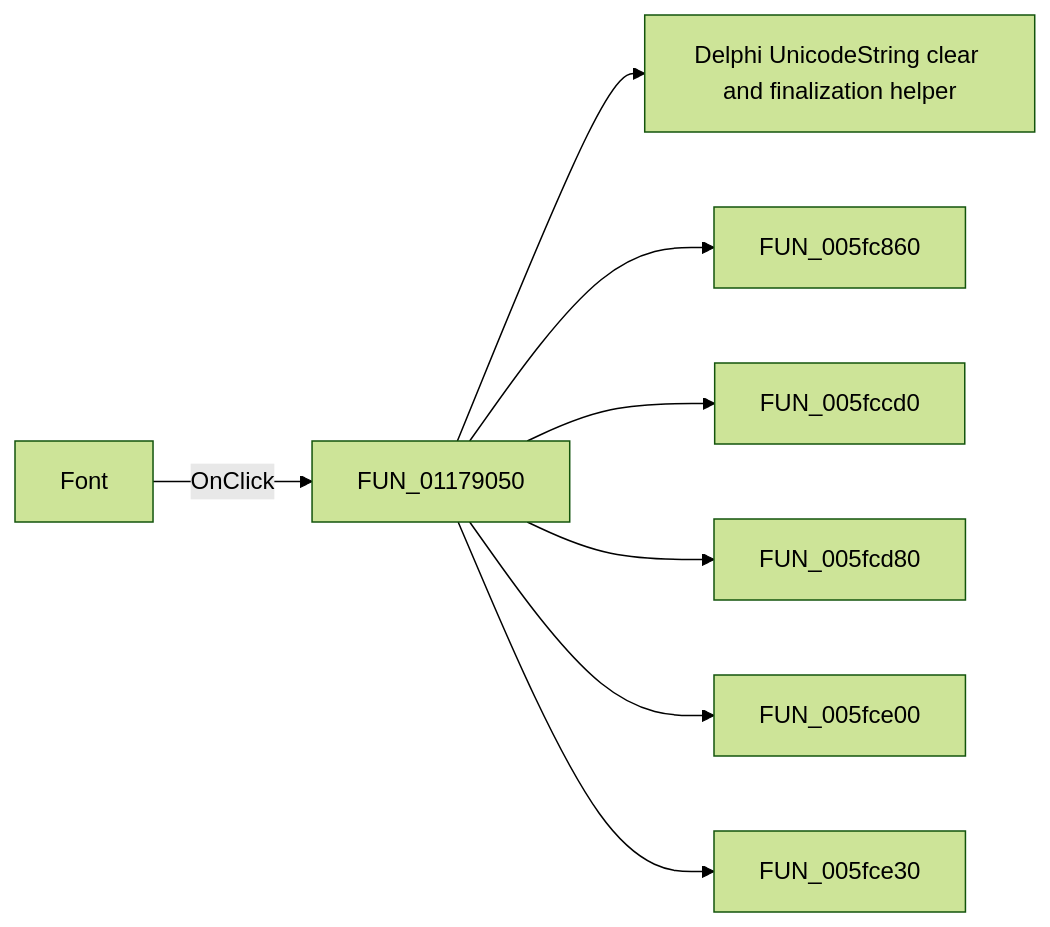
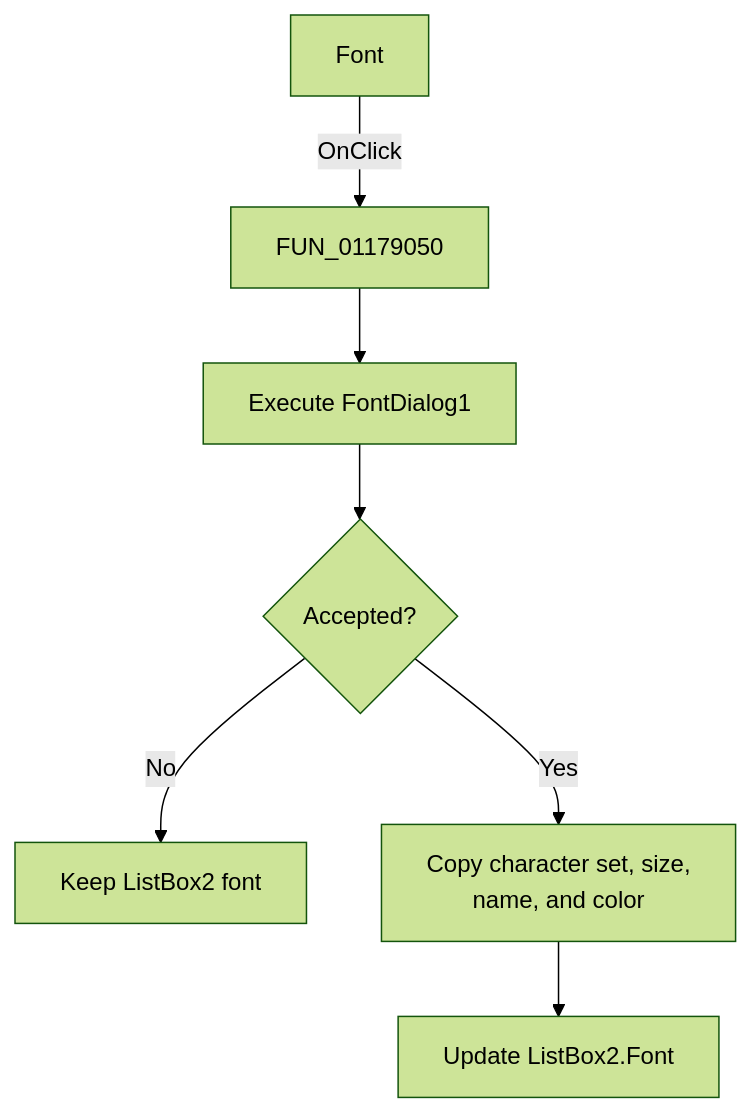
Before and after one commit to MovGP0/TIARA: the diagram in docs/ui-controls/response-form1/fonttype2-7e543508f4.md, drawn with Mermaid (forest theme). The commit also changed other lines of this file and 1062 other files, not shown here.

````diff
--- a/docs/ui-controls/response-form1/fonttype2-7e543508f4.md
+++ b/docs/ui-controls/response-form1/fonttype2-7e543508f4.md
@@ -27,10 +27,9 @@
 ```mermaid
-flowchart LR
+flowchart TD
     control["Font"] -->|OnClick| handler["FUN_01179050"]
-    handler --> call1["Delphi UnicodeString clear and finalization helper"]
-    handler --> call2["FUN_005fc860"]
-    handler --> call3["FUN_005fccd0"]
-    handler --> call4["FUN_005fcd80"]
-    handler --> call5["FUN_005fce00"]
-    handler --> call6["FUN_005fce30"]
+    handler --> dialog["Execute FontDialog1"]
+    dialog --> accepted{"Accepted?"}
+    accepted -->|No| keep["Keep ListBox2 font"]
+    accepted -->|Yes| copy["Copy character set, size,<br/>name, and color"]
+    copy --> target["Update ListBox2.Font"]
 ```
````
